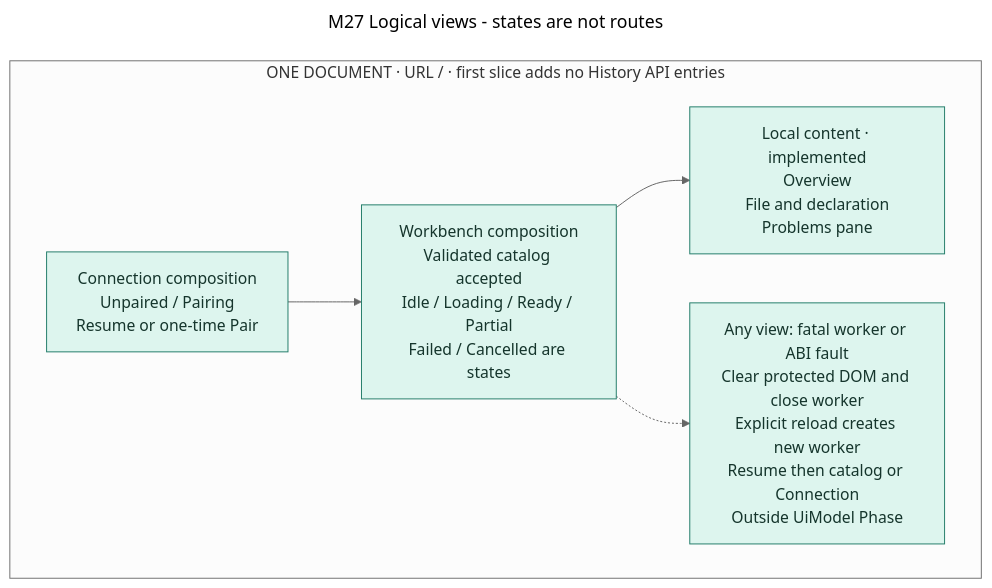
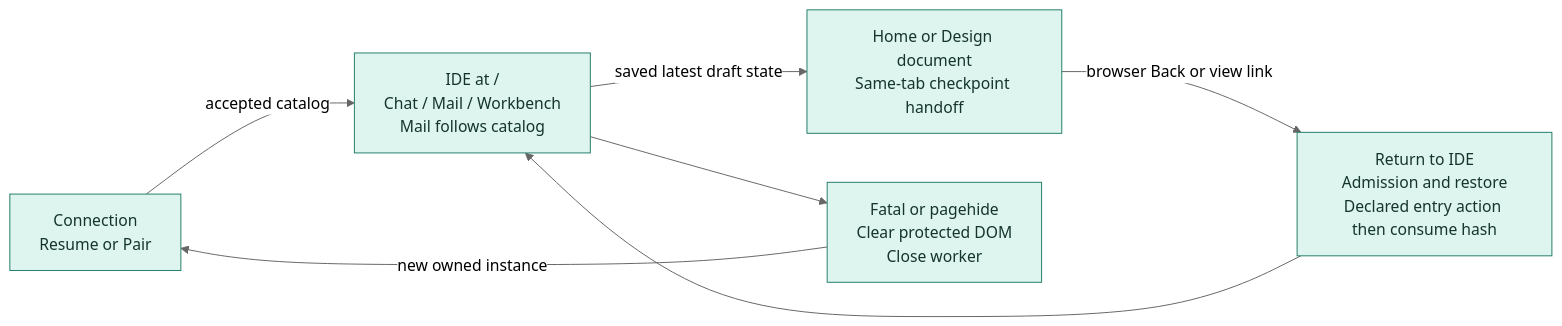
The diagram in docs/architecture/diagrams/mermaid/m27-ui-navigation.mmd (roachmaster/homelab), drawn with Mermaid (neutral theme) before and after one commit. The commit also changed 120 other files, not shown here.

```diff
--- a/docs/architecture/diagrams/mermaid/m27-ui-navigation.mmd
+++ b/docs/architecture/diagrams/mermaid/m27-ui-navigation.mmd
@@ -1,18 +1,14 @@
----
-title: M27 Logical views - states are not routes
----
 flowchart LR
-  subgraph document["ONE DOCUMENT · URL / · first slice adds no History API entries"]
-    direction LR
-    C["Connection composition<br/>Unpaired / Pairing<br/>Resume or one-time Pair"]
-    W["Workbench composition<br/>Validated catalog accepted<br/>Idle / Loading / Ready / Partial<br/>Failed / Cancelled are states"]
-    V["Local content · implemented<br/>Overview<br/>File and declaration<br/>Problems pane"]
-    R["Any view: fatal worker or ABI fault<br/>Clear protected DOM and close worker<br/>Explicit reload creates new worker<br/>Resume then catalog or Connection<br/>Outside UiModel Phase"]
-    C --> W
-    W --> V
-    W -.-> R
-  end
-  classDef proposed fill:#fff1d6,stroke:#ae7b26,color:#473216;
-  classDef existing fill:#ddf5ee,stroke:#247d6a,color:#15352c;
-  class C,W,V existing;
-  class R existing;
+  C["Connection<br/>Resume or Pair"]
+  A["IDE at /<br/>Chat / Mail / Workbench<br/>Mail follows catalog"]
+  D["Home or Design document<br/>Same-tab checkpoint handoff"]
+  R["Return to IDE<br/>Admission and restore<br/>Declared entry action then consume hash"]
+  F["Fatal or pagehide<br/>Clear protected DOM<br/>Close worker"]
+  C -->|"accepted catalog"| A
+  A -->|"saved latest draft state"| D
+  D -->|"browser Back or view link"| R
+  R --> A
+  A --> F
+  F -->|"new owned instance"| C
+  classDef current fill:#ddf5ee,stroke:#247d6a,color:#15352c
+  class C,A,D,R,F current
```
